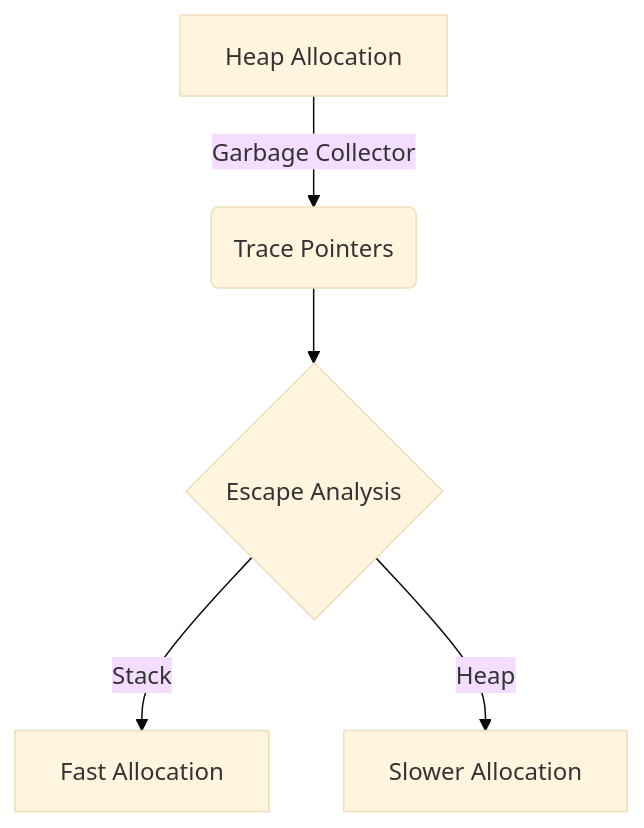
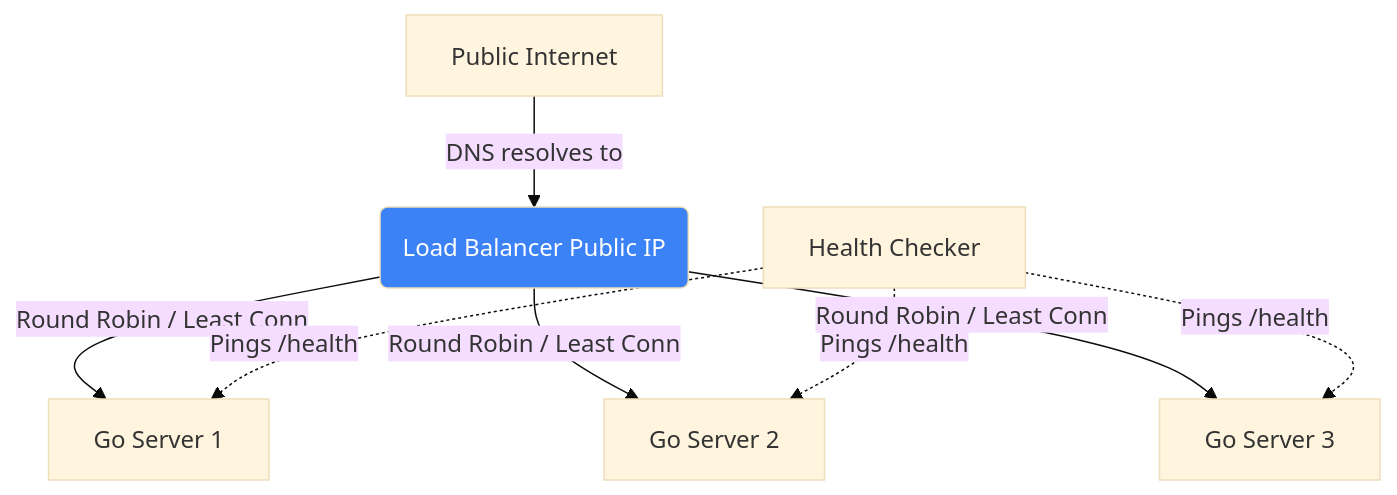
The diagram in content/lessons/system-design/007-load-balancer.md (Suryavamsi53/goverseforgophers), drawn with Mermaid (base theme) before and after one commit. The commit also changed other lines of this file and 218 other files, not shown here.

Commit message:
feat(curriculum): complete full 108-lesson standardisation with FAANG architectural templates

````diff
--- a/content/lessons/system-design/007-load-balancer.md
+++ b/content/lessons/system-design/007-load-balancer.md
@@ -16,7 +19,14 @@
 ```mermaid
 graph TD
-    A[Heap Allocation] -->|Garbage Collector| B(Trace Pointers)
-    B --> C{Escape Analysis}
-    C -->|Stack| D[Fast Allocation]
-    C -->|Heap| E[Slower Allocation]
+    A[Public Internet] -->|DNS resolves to| B(Load Balancer Public IP)
+    
+    B -->|Round Robin / Least Conn| C[Go Server 1]
+    B -->|Round Robin / Least Conn| D[Go Server 2]
+    B -->|Round Robin / Least Conn| E[Go Server 3]
+    
+    F[Health Checker] -.->|Pings /health| C
+    F -.->|Pings /health| D
+    F -.->|Pings /health| E
+    
+    style B fill:#3b82f6,color:#fff
 ```
````
